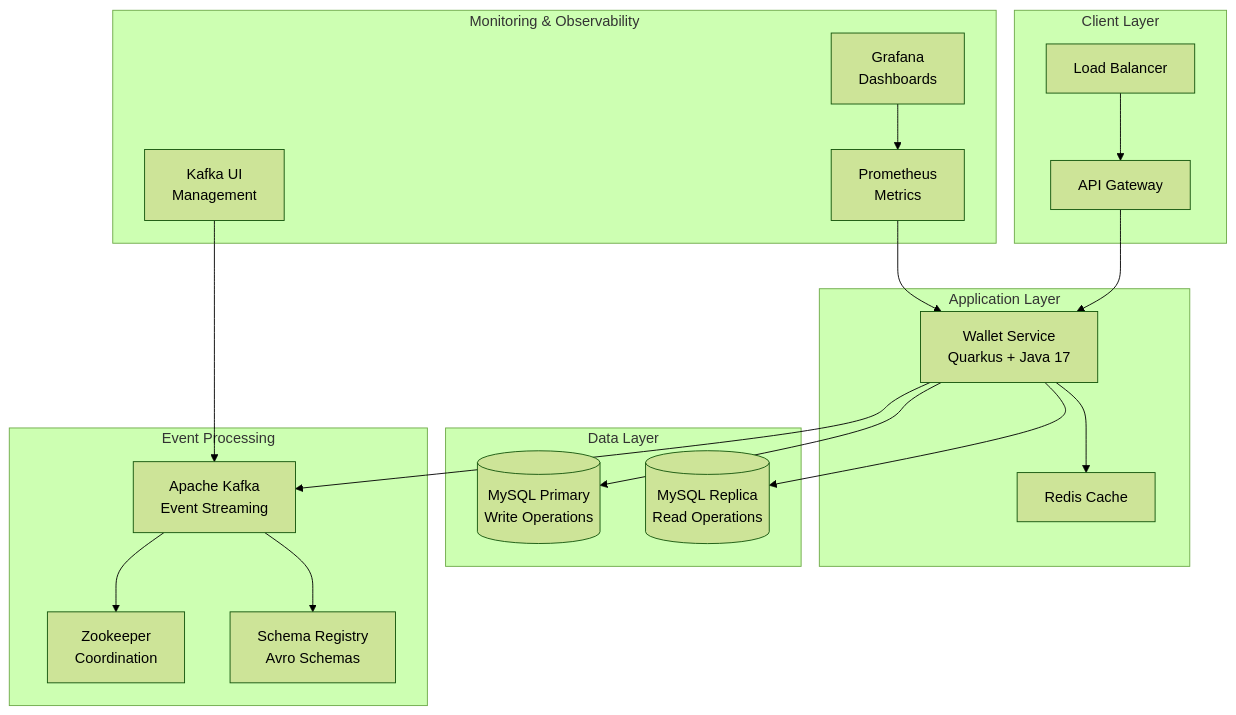
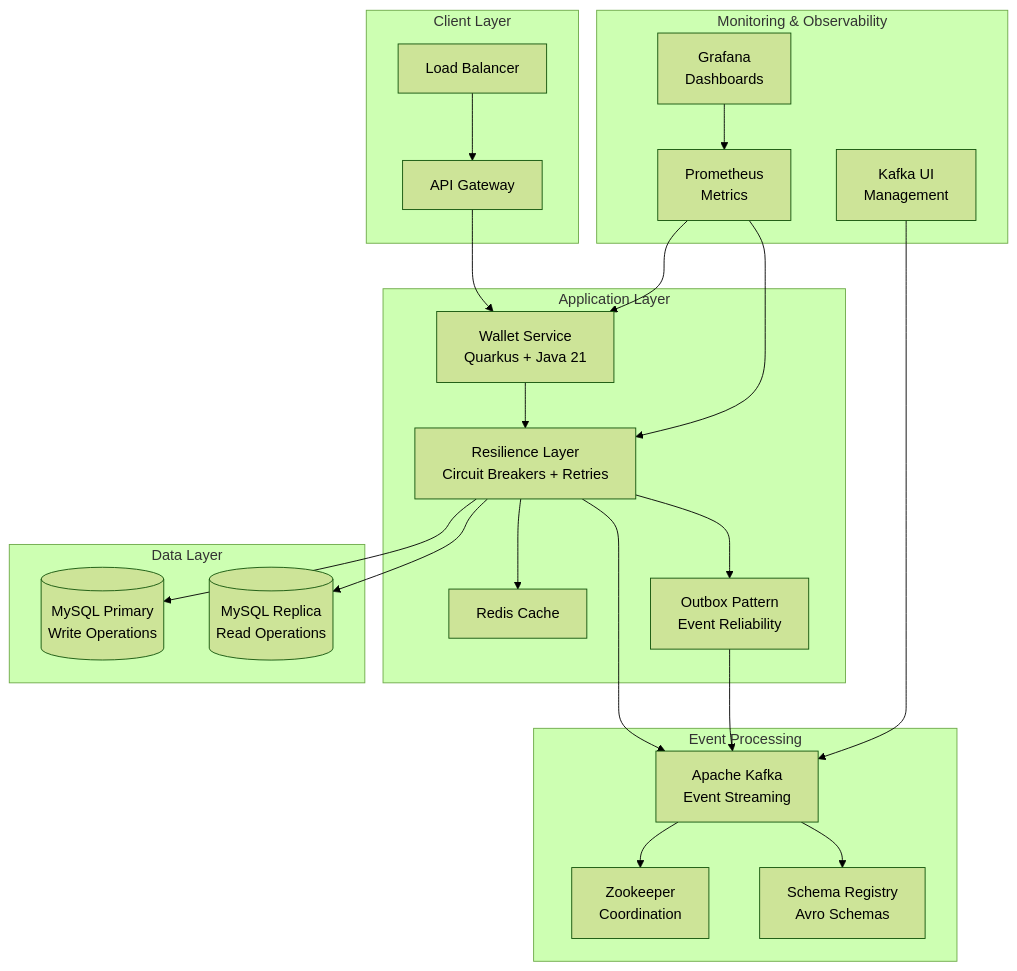
The first of 2 diagrams in docs/architecture.md (thiago2santos/wallet-service), drawn with Mermaid (forest theme) before and after one commit. The commit also changed other lines of this file and 34 other files, not shown here.

````diff
--- a/docs/architecture.md
+++ b/docs/architecture.md
@@ -20,42 +20,48 @@
 ```mermaid
 graph TB
     subgraph "Client Layer"
         API[Load Balancer]
         GATEWAY[API Gateway]
     end
 
     subgraph "Application Layer"
-        SVC[Wallet Service<br/>Quarkus + Java 17]
+        SVC[Wallet Service<br/>Quarkus + Java 21]
+        RESILIENCE[Resilience Layer<br/>Circuit Breakers + Retries]
         CACHE[Redis Cache]
+        OUTBOX[Outbox Pattern<br/>Event Reliability]
     end
 
     subgraph "Data Layer"
         DB_PRIMARY[(MySQL Primary<br/>Write Operations)]
         DB_REPLICA[(MySQL Replica<br/>Read Operations)]
     end
 
     subgraph "Event Processing"
         KAFKA[Apache Kafka<br/>Event Streaming]
         ZOOKEEPER[Zookeeper<br/>Coordination]
         SCHEMA[Schema Registry<br/>Avro Schemas]
     end
 
     subgraph "Monitoring & Observability"
         PROMETHEUS[Prometheus<br/>Metrics]
         GRAFANA[Grafana<br/>Dashboards]
         KAFKA_UI[Kafka UI<br/>Management]
     end
 
     API --> GATEWAY
     GATEWAY --> SVC
-    SVC --> CACHE
-    SVC --> DB_PRIMARY
-    SVC --> DB_REPLICA
-    SVC --> KAFKA
+    SVC --> RESILIENCE
+    RESILIENCE --> CACHE
+    RESILIENCE --> DB_PRIMARY
+    RESILIENCE --> DB_REPLICA
+    RESILIENCE --> KAFKA
+    RESILIENCE --> OUTBOX
+    OUTBOX --> KAFKA
     KAFKA --> ZOOKEEPER
     KAFKA --> SCHEMA
     
     PROMETHEUS --> SVC
+    PROMETHEUS --> RESILIENCE
     GRAFANA --> PROMETHEUS
     KAFKA_UI --> KAFKA
 ```
````
